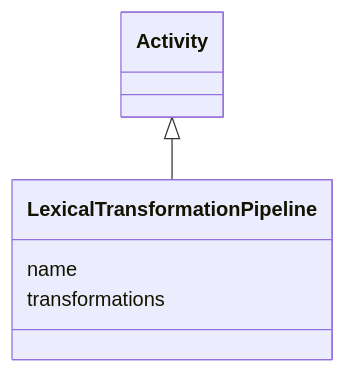
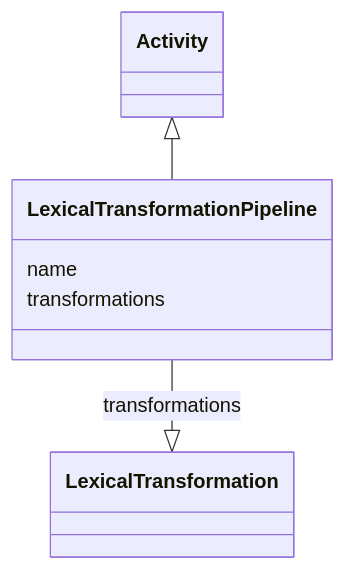
Before and after one commit to cthoyt/ontology-access-kit: the diagram in lexical-index/LexicalTransformationPipeline.md, drawn with Mermaid. The commit also changed other lines of this file and 3287 other files, not shown here.

````diff
--- a/lexical-index/LexicalTransformationPipeline.md
+++ b/lexical-index/LexicalTransformationPipeline.md
@@ -11,9 +14,13 @@
 ```{mermaid}
  classDiagram
     class LexicalTransformationPipeline
       Activity <|-- LexicalTransformationPipeline
       
       LexicalTransformationPipeline : name
+        
       LexicalTransformationPipeline : transformations
+        
+          LexicalTransformationPipeline --|> LexicalTransformation : transformations
+        
       
 ```
````
